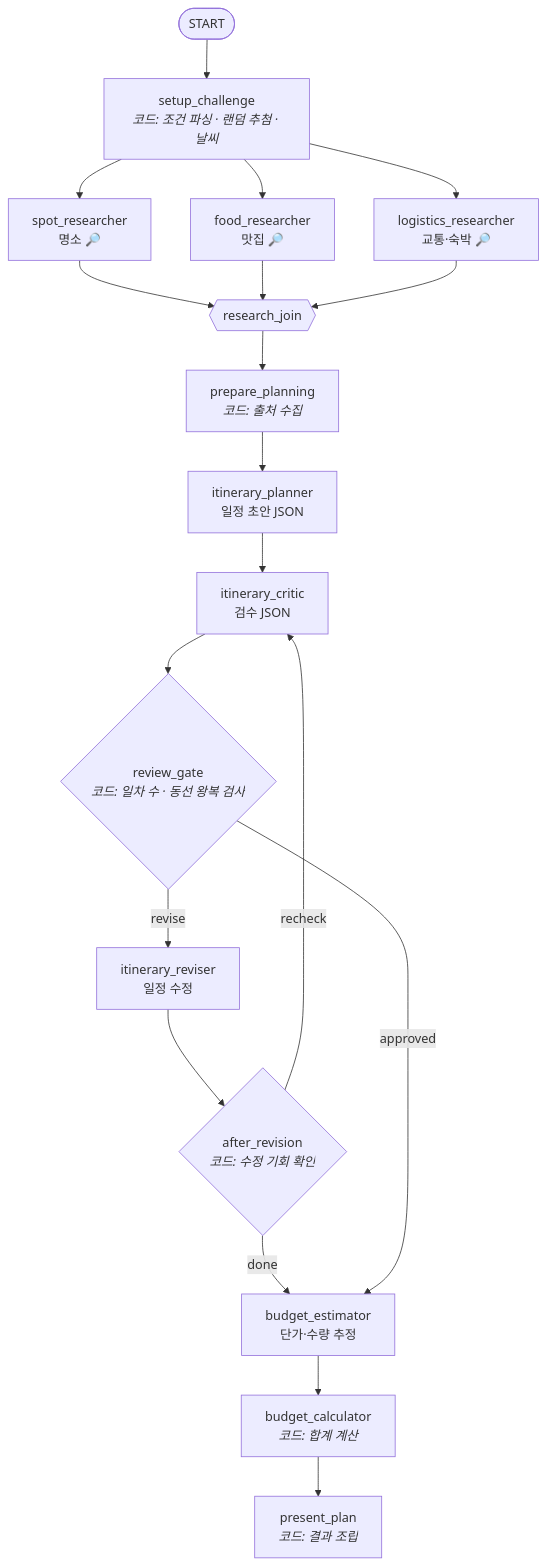
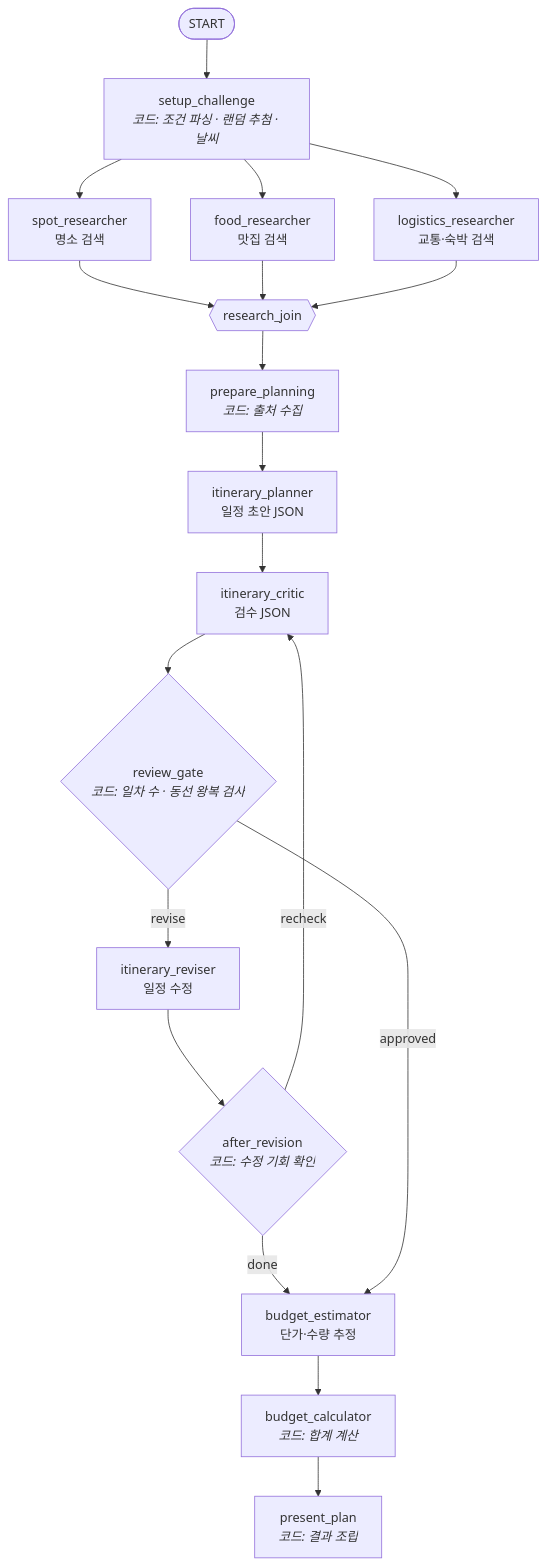
Before and after one commit to baebokchii/kaggle_ai_agent_project: the diagram in README.md, drawn with Mermaid. The commit also changed other lines of this file, not shown here.

````diff
--- a/README.md
+++ b/README.md
@@ -31,19 +31,19 @@
 ```mermaid
 flowchart TD
     S([START]) --> A[setup_challenge<br/><i>코드: 조건 파싱 · 랜덤 추첨 · 날씨</i>]
-    A --> R1[spot_researcher<br/>명소 🔎]
-    A --> R2[food_researcher<br/>맛집 🔎]
-    A --> R3[logistics_researcher<br/>교통·숙박 🔎]
+    A --> R1[spot_researcher<br/>명소 검색]
+    A --> R2[food_researcher<br/>맛집 검색]
+    A --> R3[logistics_researcher<br/>교통·숙박 검색]
     R1 & R2 & R3 --> J{{research_join}}
     J --> P0[prepare_planning<br/><i>코드: 출처 수집</i>]
     P0 --> P[itinerary_planner<br/>일정 초안 JSON]
     P --> C[itinerary_critic<br/>검수 JSON]
     C --> G{review_gate<br/><i>코드: 일차 수 · 동선 왕복 검사</i>}
     G -- revise --> V[itinerary_reviser<br/>일정 수정]
     V --> AR{after_revision<br/><i>코드: 수정 기회 확인</i>}
     AR -- recheck --> C
     AR -- done --> B
     G -- approved --> B[budget_estimator<br/>단가·수량 추정]
     B --> BC[budget_calculator<br/><i>코드: 합계 계산</i>]
     BC --> O[present_plan<br/><i>코드: 결과 조립</i>]
 ```
````
